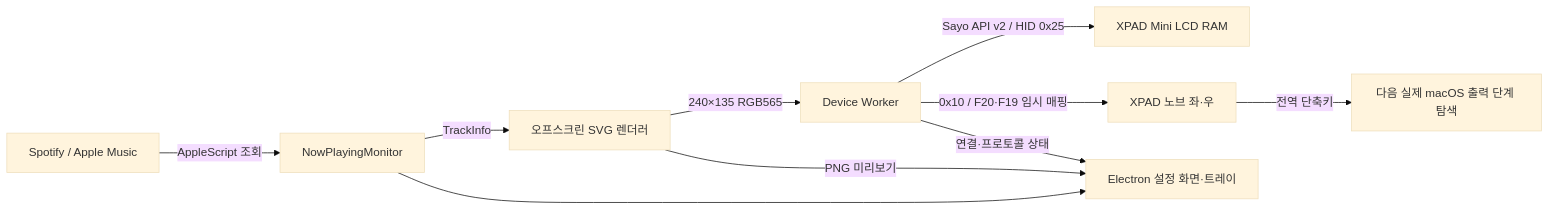
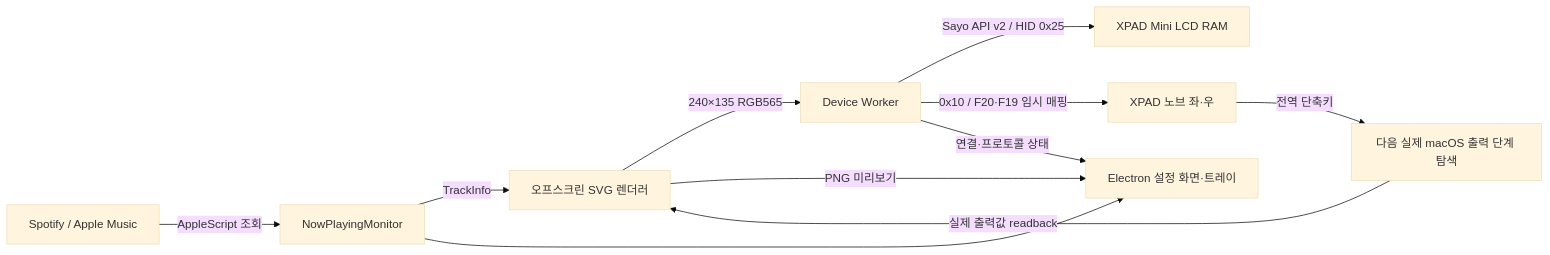
Before and after one commit to zime78/XPAD-mini-Led: the diagram in docs/DEVELOPMENT_REPORT.md, drawn with Mermaid (base theme). The commit also changed other lines of this file and 9 other files, not shown here.

````diff
--- a/docs/DEVELOPMENT_REPORT.md
+++ b/docs/DEVELOPMENT_REPORT.md
@@ -47,12 +48,13 @@
 ```mermaid
 flowchart LR
     A[Spotify / Apple Music] -->|AppleScript 조회| B[NowPlayingMonitor]
     B -->|TrackInfo| C[오프스크린 SVG 렌더러]
     C -->|240×135 RGB565| D[Device Worker]
     D -->|Sayo API v2 / HID 0x25| E[XPAD Mini LCD RAM]
     D -->|0x10 / F20·F19 임시 매핑| G[XPAD 노브 좌·우]
     G -->|전역 단축키| H[다음 실제 macOS 출력 단계 탐색]
+    H -->|실제 출력값 readback| C
     B --> F[Electron 설정 화면·트레이]
     C -->|PNG 미리보기| F
     D -->|연결·프로토콜 상태| F
 ```
````
